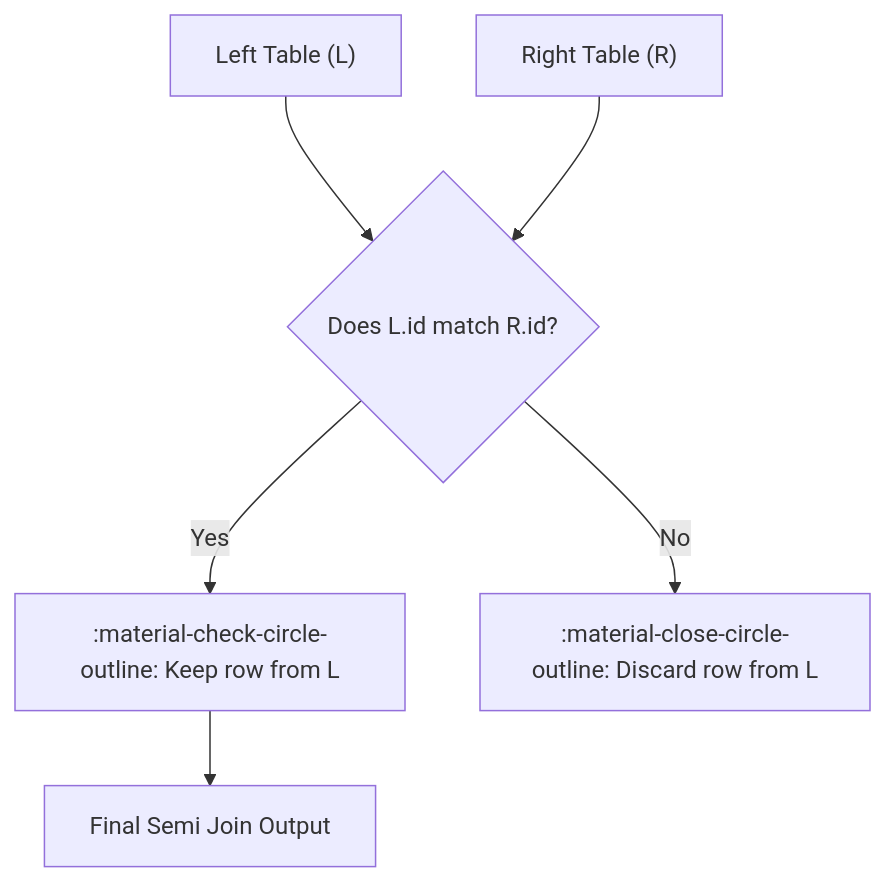
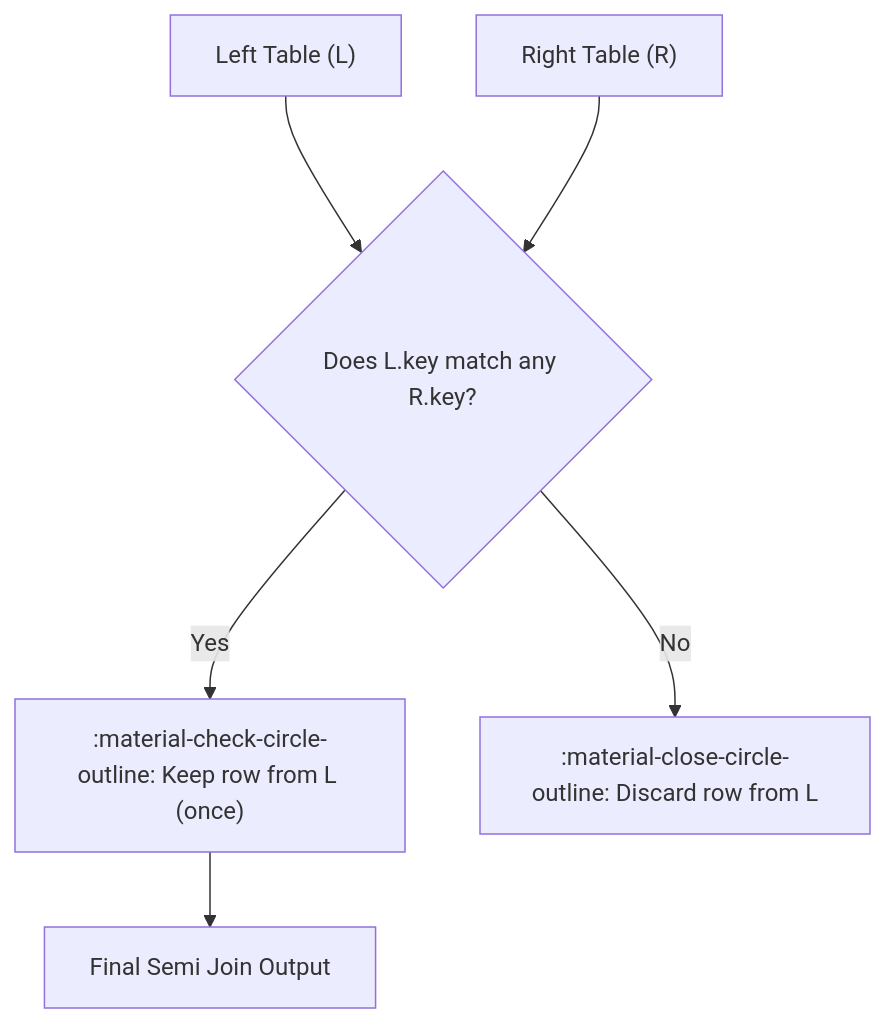
The second of 3 diagrams in spark-sql/docs/querying/joins/types/left_semi.md (mahfooziiitian/spark-batch), drawn with Mermaid before and after one commit. The commit also changed other lines of this file and 130 other files, not shown here.

````diff
--- a/spark-sql/docs/querying/joins/types/left_semi.md
+++ b/spark-sql/docs/querying/joins/types/left_semi.md
@@ -41,10 +53,10 @@
 ```mermaid
 flowchart TD
-  A["Left Table (L)"] --> J{Does L.id match R.id?}
+  A["Left Table (L)"] --> J{Does L.key match any R.key?}
   R["Right Table (R)"] --> J
 
-  J -- Yes --> D1[:material-check-circle-outline: Keep row from L]
-  J -- No --> D2[:material-close-circle-outline: Discard row from L]
+  J -- Yes --> D1[":material-check-circle-outline: Keep row from L (once)"]
+  J -- No --> D2[":material-close-circle-outline: Discard row from L"]
 
   D1 --> O[Final Semi Join Output]
 ```
````
